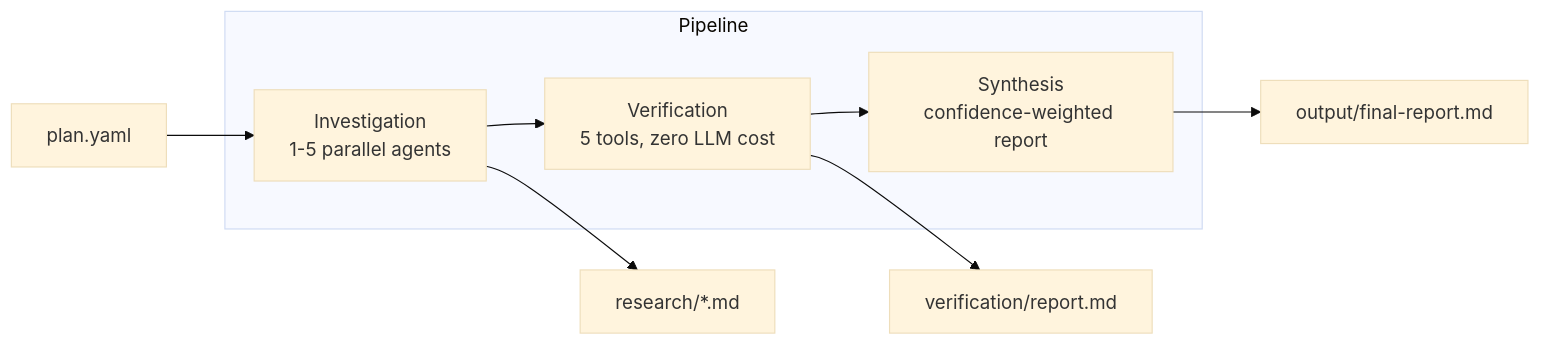
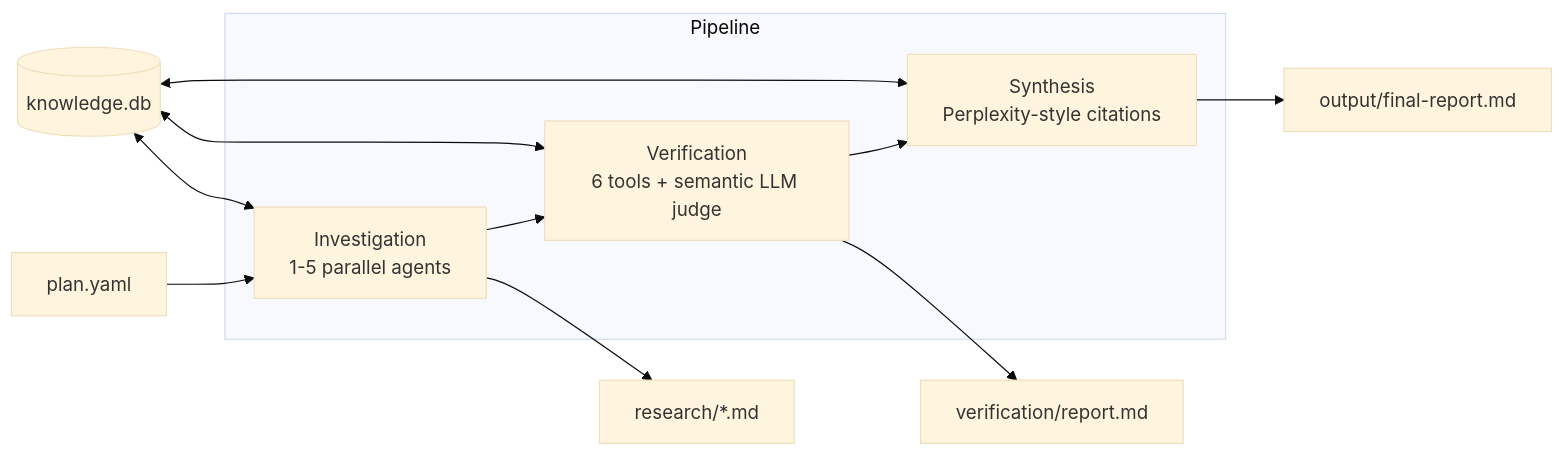
The diagram in README.md (pguerrerolinares/recon), drawn with Mermaid (base theme) before and after one commit. The commit also changed other lines of this file and 5 other files, not shown here.

````diff
--- a/README.md
+++ b/README.md
@@ -83,13 +96,17 @@
 ```mermaid
 graph LR
     P[plan.yaml] --> I
+    DB[("knowledge.db")] <--> I
 
     subgraph Pipeline
-        I["Investigation\n1-5 parallel agents"] --> V["Verification\n5 tools, zero LLM cost"]
-        V --> S["Synthesis\nconfidence-weighted report"]
+        I["Investigation\n1-5 parallel agents"] --> V["Verification\n6 tools + semantic LLM judge"]
+        V --> S["Synthesis\nPerplexity-style citations"]
     end
 
     I --> R["research/*.md"]
     V --> VR["verification/report.md"]
     S --> F["output/final-report.md"]
+    
+    DB <--> V
+    DB <--> S
 ```
````
